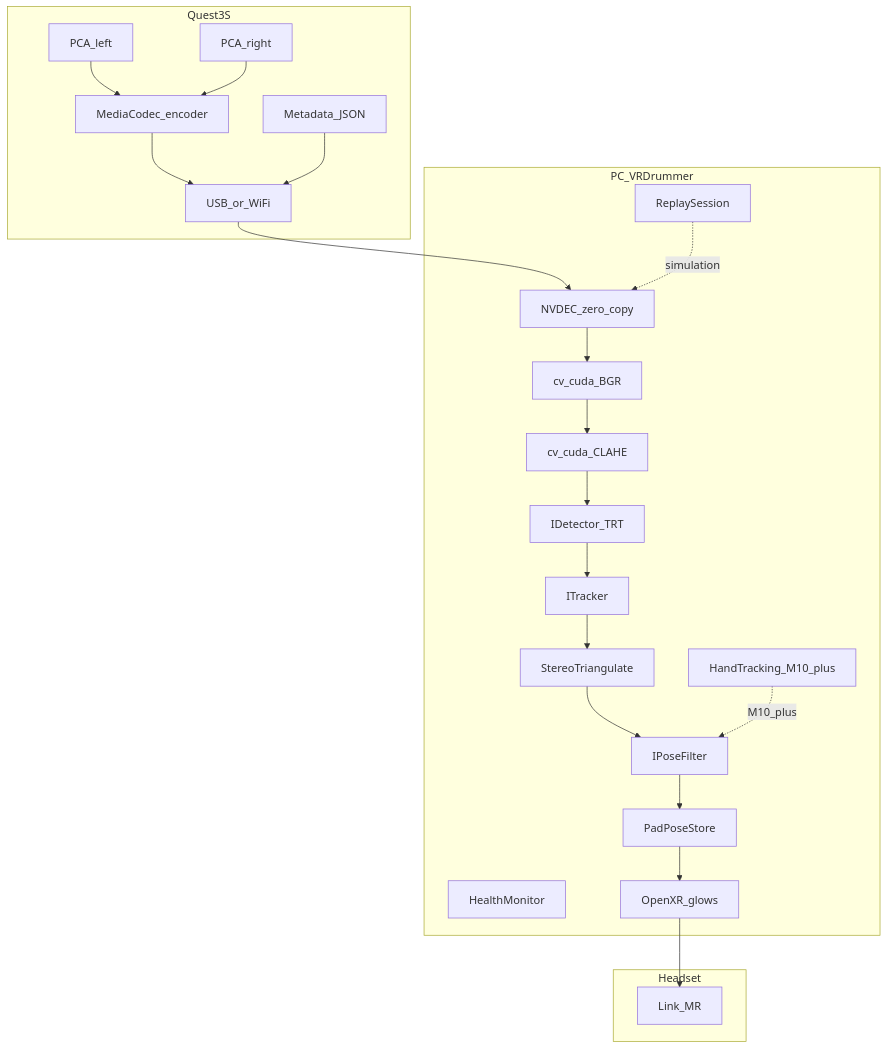
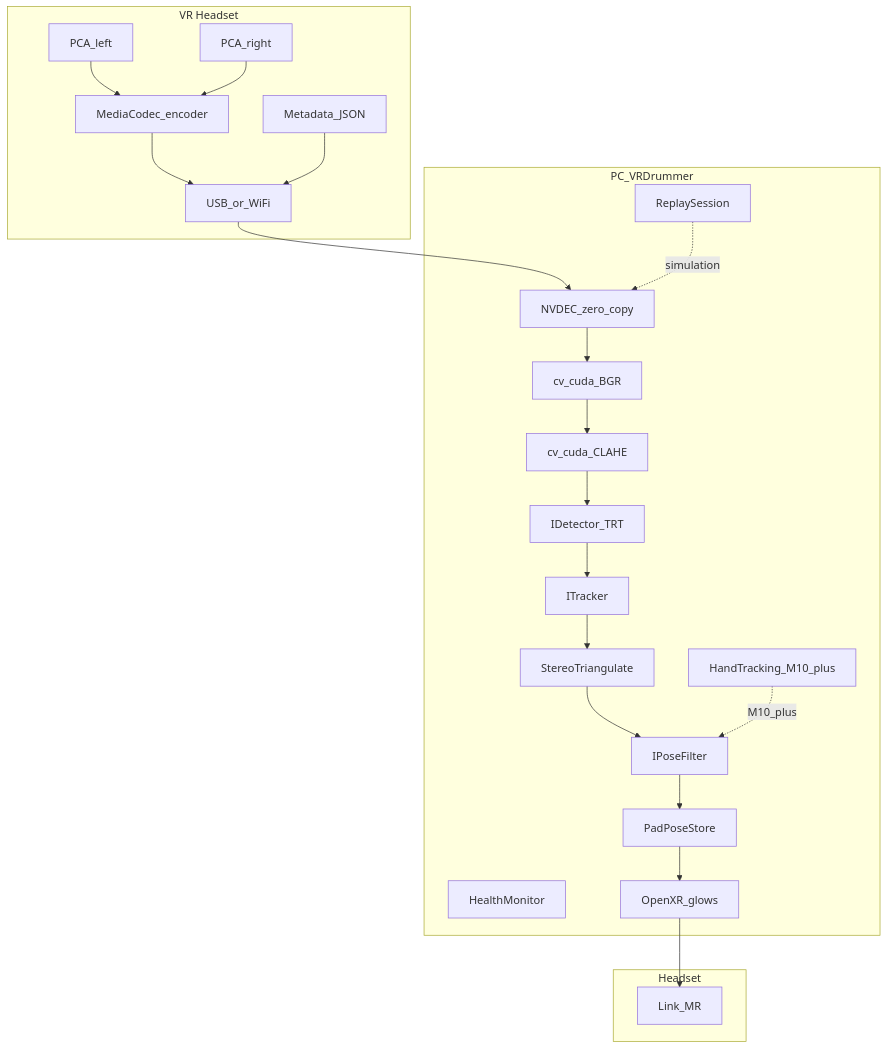
The diagram in docs/DESIGN_v6.md (AbhijeetPatil5/VRDrummer), drawn with Mermaid before and after one commit. The commit also changed other lines of this file and 5 other files, not shown here.

````diff
--- a/docs/DESIGN_v6.md
+++ b/docs/DESIGN_v6.md
@@ -123,41 +122,41 @@
 ```mermaid
 flowchart TB
-    subgraph quest [Quest3S]
+    subgraph quest [VR Headset]
         PCA_L[PCA_left]
         PCA_R[PCA_right]
         MC[MediaCodec_encoder]
         Meta[Metadata_JSON]
         Transport[USB_or_WiFi]
     end
 
     subgraph pc [PC_VRDrummer]
         Decode[NVDEC_zero_copy]
         ColorConv[cv_cuda_BGR]
         CLAHE[cv_cuda_CLAHE]
         Infer[IDetector_TRT]
         Tracker[ITracker]
         Stereo[StereoTriangulate]
         Filter[IPoseFilter]
         Poses[PadPoseStore]
         Health[HealthMonitor]
         Replay[ReplaySession]
         XR[OpenXR_glows]
         HT[HandTracking_M10_plus]
     end
 
     subgraph out [Headset]
         LinkMR[Link_MR]
     end
 
     PCA_L --> MC
     PCA_R --> MC
     MC --> Transport
     Meta --> Transport
     Transport --> Decode
     Decode --> ColorConv --> CLAHE --> Infer
     Infer --> Tracker --> Stereo --> Filter --> Poses
     Replay -.->|simulation| Decode
     HT -.->|M10_plus| Filter
     Poses --> XR
     XR --> LinkMR
 ```
````
